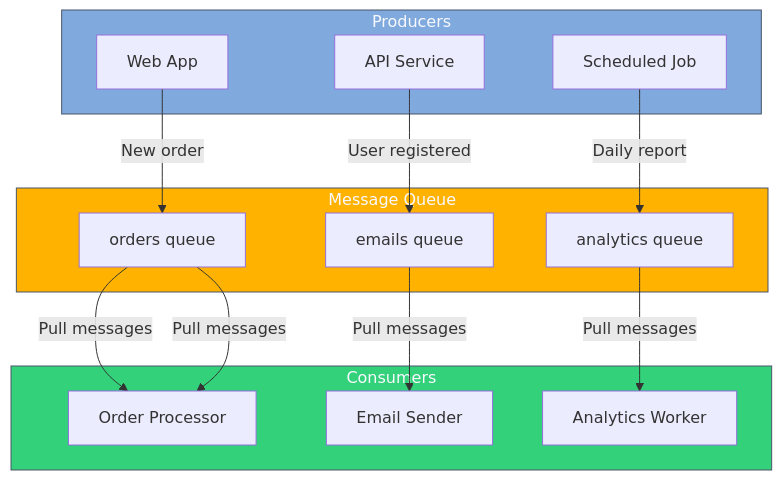
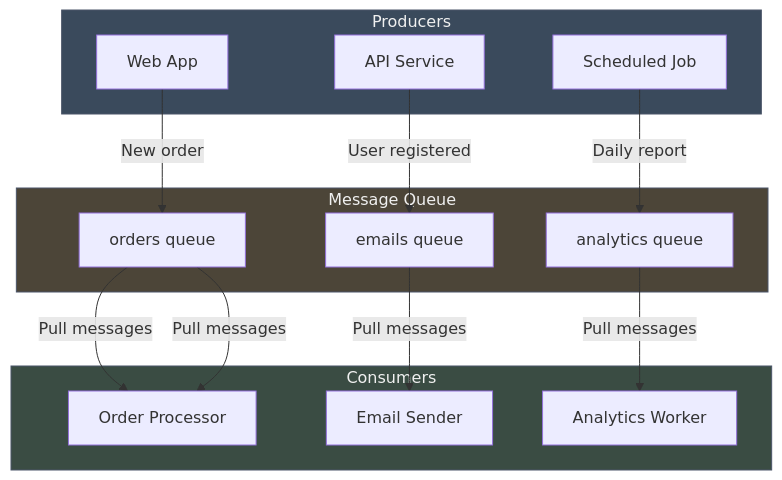
Before and after one commit to blackwell-systems/blog: diagram 15 of 24 in content/posts/api-communication-patterns-guide.md, drawn with Mermaid. The commit also changed other lines of this file and 4 other files, not shown here.

```diff
--- a/content/posts/api-communication-patterns-guide.md
+++ b/content/posts/api-communication-patterns-guide.md
@@ -1047,33 +1047,33 @@
 {{< mermaid >}}
 flowchart TB
     subgraph producers["Producers"]
         web["Web App"]
         api["API Service"]
         cron["Scheduled Job"]
     end
 
     subgraph queue["Message Queue"]
         q1["orders queue"]
         q2["emails queue"]
         q3["analytics queue"]
     end
 
     subgraph consumers["Consumers"]
         order["Order Processor"]
         email["Email Sender"]
         analytics["Analytics Worker"]
     end
 
     web -->|New order| q1
     api -->|User registered| q2
     cron -->|Daily report| q3
 
     q1 -->|Pull messages| order
     q1 -->|Pull messages| order
     q2 -->|Pull messages| email
     q3 -->|Pull messages| analytics
 
-    style producers fill:#80AADD,stroke:#4a5568,color:#f8f8ff
-    style queue fill:#FFB300,stroke:#4a5568,color:#f8f8ff
-    style consumers fill:#33D17A,stroke:#4a5568,color:#f8f8ff
+    style producers fill:#3A4A5C,stroke:#4a5568,color:#f0f0f0
+    style queue fill:#4C4538,stroke:#4a5568,color:#f0f0f0
+    style consumers fill:#3A4C43,stroke:#4a5568,color:#f0f0f0
 {{< /mermaid >}}
```
